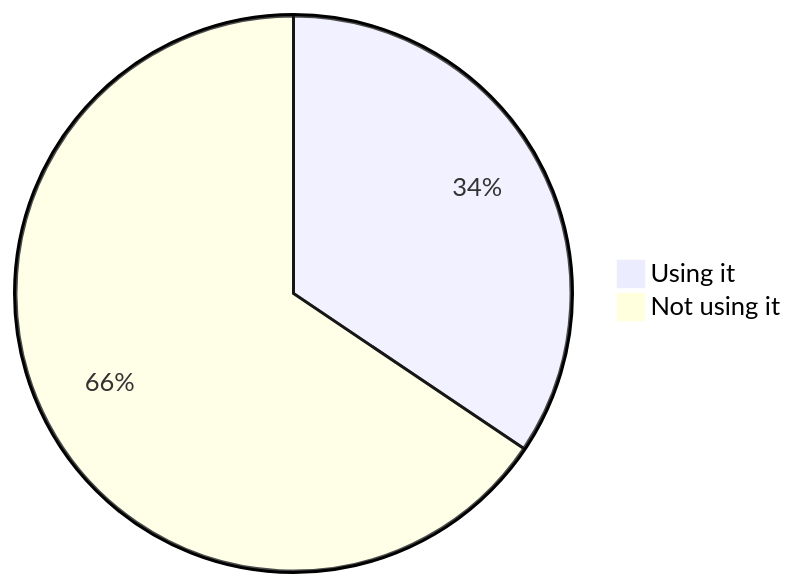
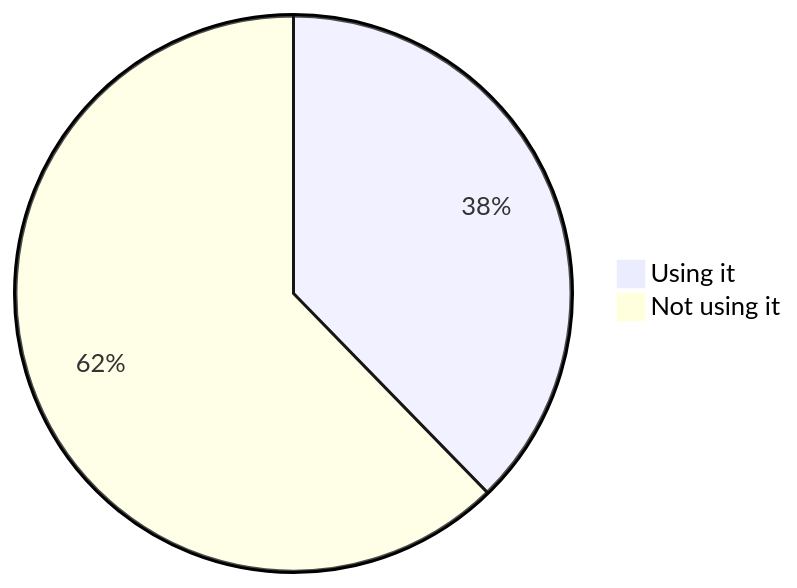
Before and after one commit to oshp/oshp-stats: the second of 22 diagrams in stats.md, drawn with Mermaid. The commit also changed other lines of this file, not shown here.

````diff
--- a/stats.md
+++ b/stats.md
@@ -22,6 +22,6 @@
 ```mermaid
 pie
-	"Using it" : 34.43
-	"Not using it" : 65.57
+	"Using it" : 37.71
+	"Not using it" : 62.29
 
 ```
````
